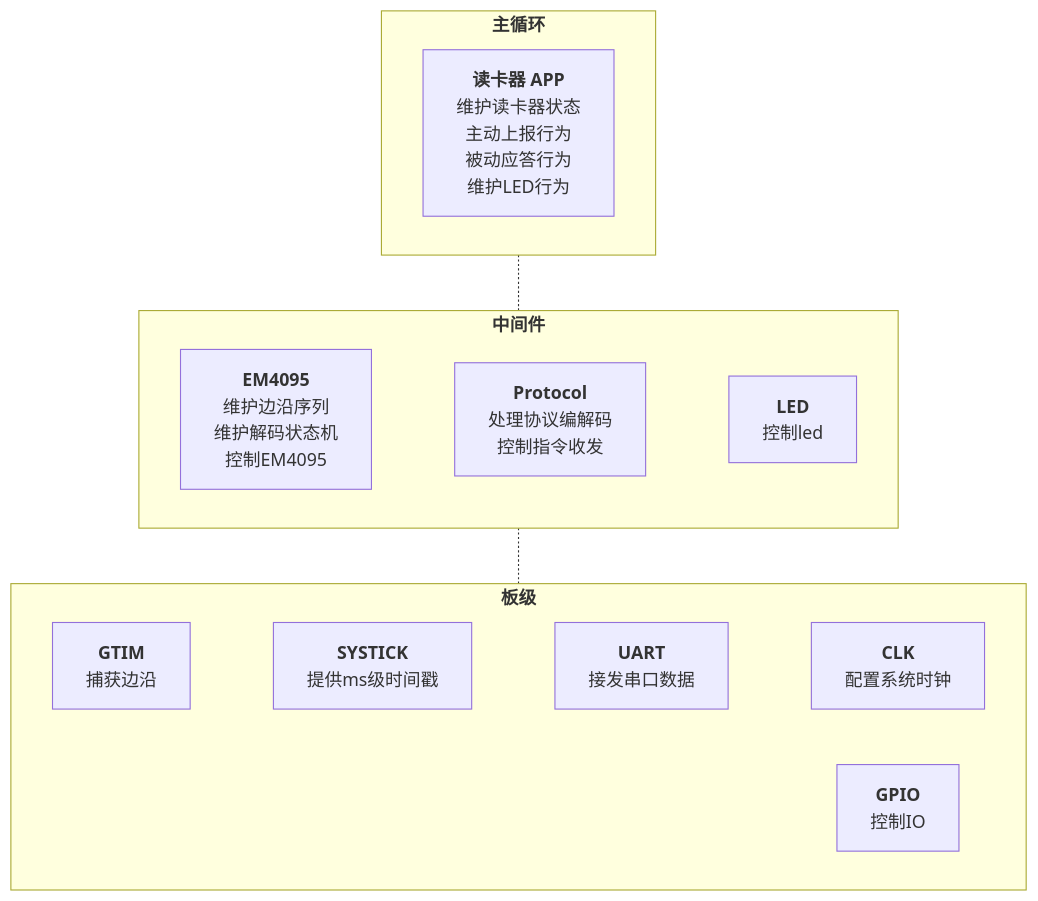
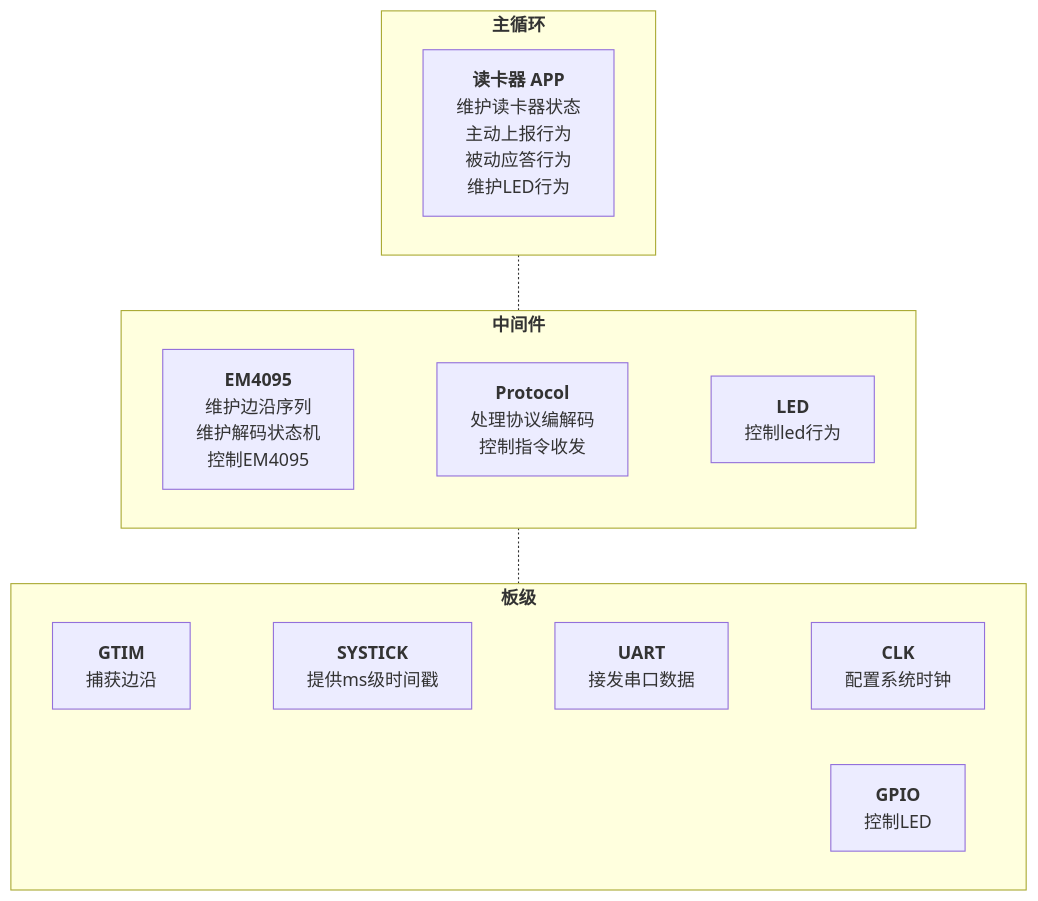
One commit to Siaiai/ObsidianNote changed the sixth of 6 diagrams in 工作/[[SR3读卡器]]/260804SR3框架整理.md. Above: the diagram before and after it, drawn with Mermaid.

Commit message:
[自动]笔记同步:2026-08-05 13:48:28 涉及文件个数:1
Affected files:
工作/[[SR3读卡器]]/260804SR3框架整理.md

````diff
--- a/工作/[[SR3读卡器]]/260804SR3框架整理.md
+++ b/工作/[[SR3读卡器]]/260804SR3框架整理.md
@@ -257,49 +257,49 @@
 ```mermaid
 flowchart TB
 	subgraph MAIN["`**主循环**`"]
 		direction LR
 		APP_READER["`**读卡器 APP**
 		维护读卡器状态
 		主动上报行为
 		被动应答行为
 		维护LED行为`"]
 	end
 	subgraph MID["`**中间件**`"]
 		direction LR
 		MID_EM4095["`**EM4095** 
 		维护边沿序列
 		维护解码状态机
 		控制EM4095`"]
 		MID_READER["`**Protocol**
 		处理协议编解码
 		控制指令收发`"]
 		MID_LED["`**LED**
-		控制led`"]
+		控制led行为`"]
 		
 		MID_EM4095 ~~~ MID_READER
 		MID_READER ~~~ MID_LED
 	end
 	subgraph BSP["`**板级**`"]
 		direction LR
 		BSP_GTIM["`**GTIM**
 		捕获边沿
 		`"]
 		BSP_CLK["`**CLK**
 		配置系统时钟
 		`"]
 		BSP_SYSTICK["`**SYSTICK**
 		提供ms级时间戳
 		`"]
 		BSP_UART["`**UART**
 		接发串口数据
 		`"]
-		BSP_GPIO["`**GPIO**
-		控制IO
+		BSP_LED["`**GPIO**
+		控制LED
 		`"]
 		BSP_GTIM ~~~ BSP_SYSTICK
 		BSP_SYSTICK ~~~ BSP_UART
 		BSP_UART ~~~ BSP_CLK
 	end
 	MAIN -.- MID
 	MID -.- BSP
 ```
````
